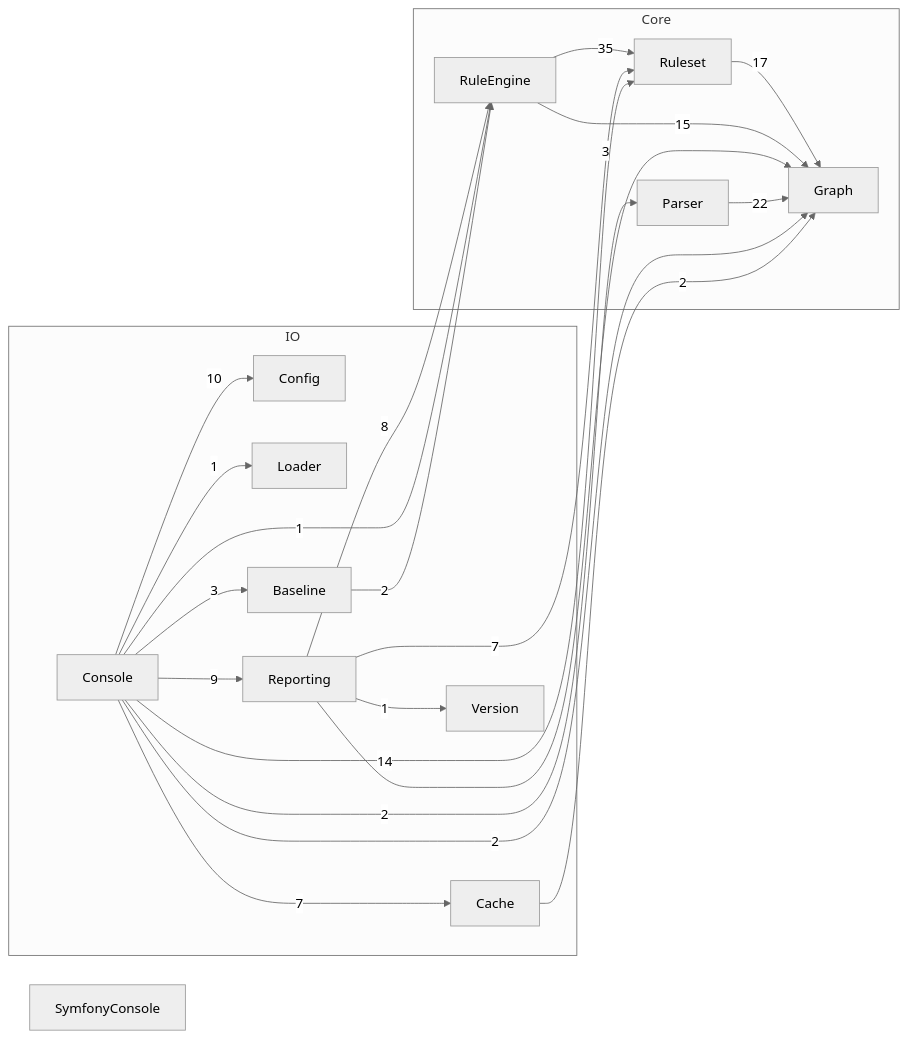
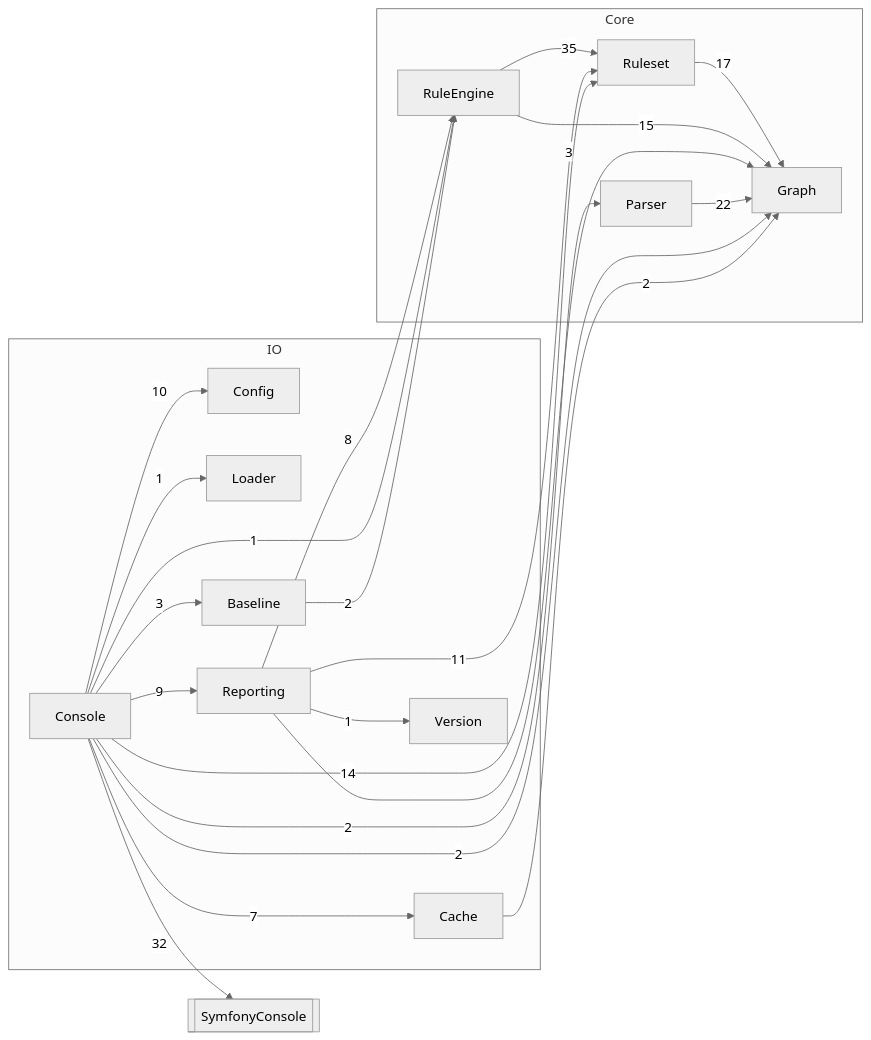
The diagram in docs/architecture.md (spandrel-php/spandrel-src), drawn with Mermaid (neutral theme) before and after one commit.

Commit message:
Regenerate the architecture diagram for the Mermaid redesign (#41)
Regenerates the diagram in `docs/architecture.md` with the redesigned
Mermaid reporter (#43):

- `SymfonyConsole` renders as an external layer (`[[…]]`) with `Console
-->|"32"| SymfonyConsole`. Before, it was an isolated node.
- `Reporting → Ruleset` goes 7 → 11, from the reporter's own new `Layer`
references.

**Note:** this PR originally carried the ruleset update for the changes
since 0.3.0 (listed `{Layer}` values, dropping `` `Console` may depend
on anything ``, a refreshed diagram). The branch for #43 was
accidentally created on top of it, so that commit was squash-merged into
`main` as part of #43 (`ccf15b5`). Rebased onto `main`, only this
regeneration remains.

````diff
--- a/docs/architecture.md
+++ b/docs/architecture.md
@@ -64,39 +64,40 @@
 ```mermaid
 flowchart LR
     subgraph IO
         Config
         Loader
         Cache
         Reporting
         Console
         Baseline
         Version
     end
     subgraph Core
         Graph
         Ruleset
         Parser
         RuleEngine
     end
-    SymfonyConsole
+    SymfonyConsole[[SymfonyConsole]]
 
     Baseline -->|"2"| RuleEngine
     Cache -->|"2"| Graph
     Console -->|"3"| Baseline
     Console -->|"7"| Cache
     Console -->|"10"| Config
     Console -->|"2"| Graph
     Console -->|"1"| Loader
     Console -->|"2"| Parser
     Console -->|"9"| Reporting
     Console -->|"1"| RuleEngine
     Console -->|"14"| Ruleset
+    Console -->|"32"| SymfonyConsole
     Parser -->|"22"| Graph
     Reporting -->|"3"| Graph
     Reporting -->|"8"| RuleEngine
-    Reporting -->|"7"| Ruleset
+    Reporting -->|"11"| Ruleset
     Reporting -->|"1"| Version
     RuleEngine -->|"15"| Graph
     RuleEngine -->|"35"| Ruleset
     Ruleset -->|"17"| Graph
 ```
````
